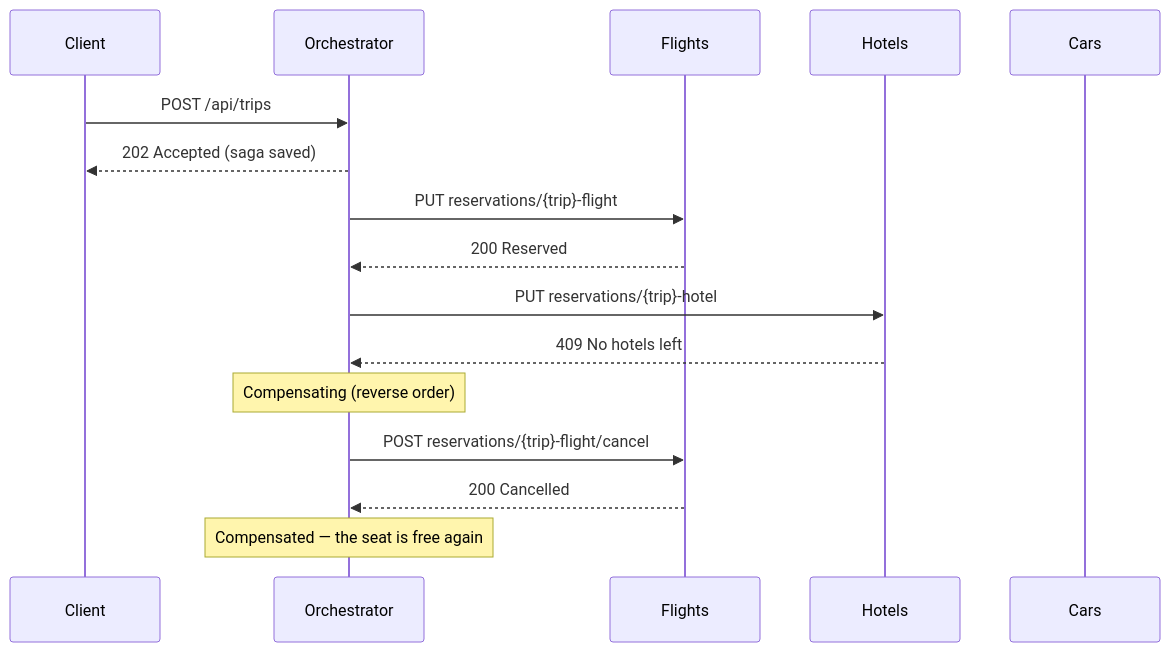
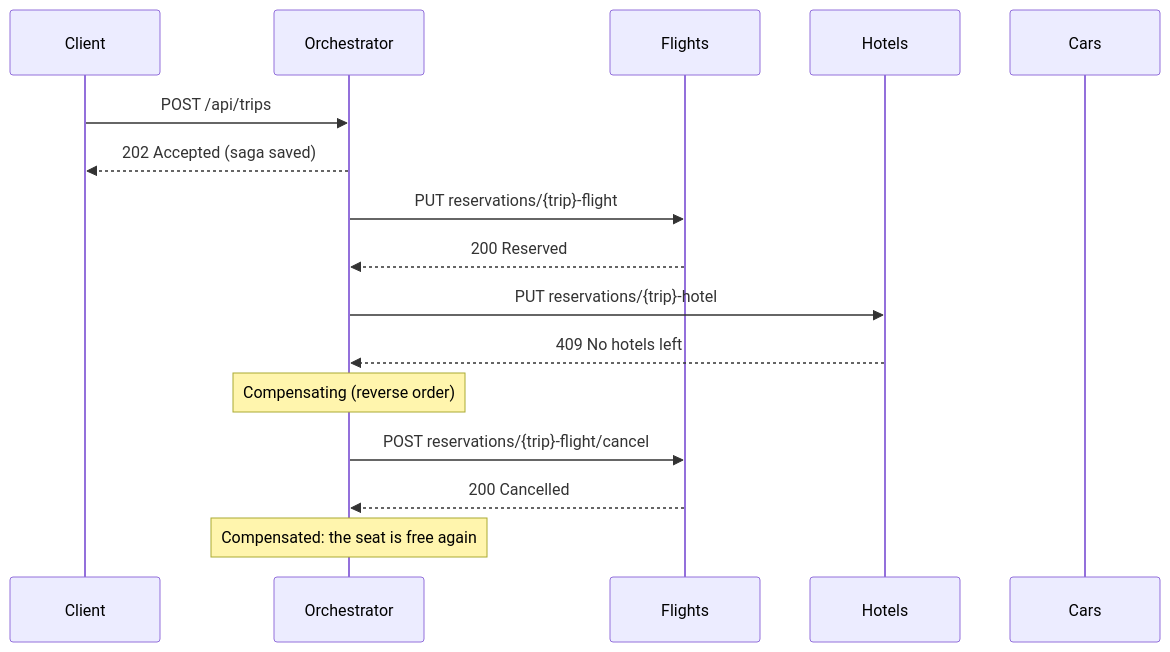
The first of 2 diagrams in README.md (edybackend/saga-orchestration), drawn with Mermaid before and after one commit. The commit also changed other lines of this file and 1 other file, not shown here.

````diff
--- a/README.md
+++ b/README.md
@@ -56,18 +54,18 @@
 ```mermaid
 sequenceDiagram
     participant C as Client
     participant O as Orchestrator
     participant F as Flights
     participant H as Hotels
     participant R as Cars
     C->>O: POST /api/trips
     O-->>C: 202 Accepted (saga saved)
     O->>F: PUT reservations/{trip}-flight
     F-->>O: 200 Reserved
     O->>H: PUT reservations/{trip}-hotel
     H-->>O: 409 No hotels left
     Note over O: Compensating (reverse order)
     O->>F: POST reservations/{trip}-flight/cancel
     F-->>O: 200 Cancelled
-    Note over O: Compensated — the seat is free again
+    Note over O: Compensated: the seat is free again
 ```
````
